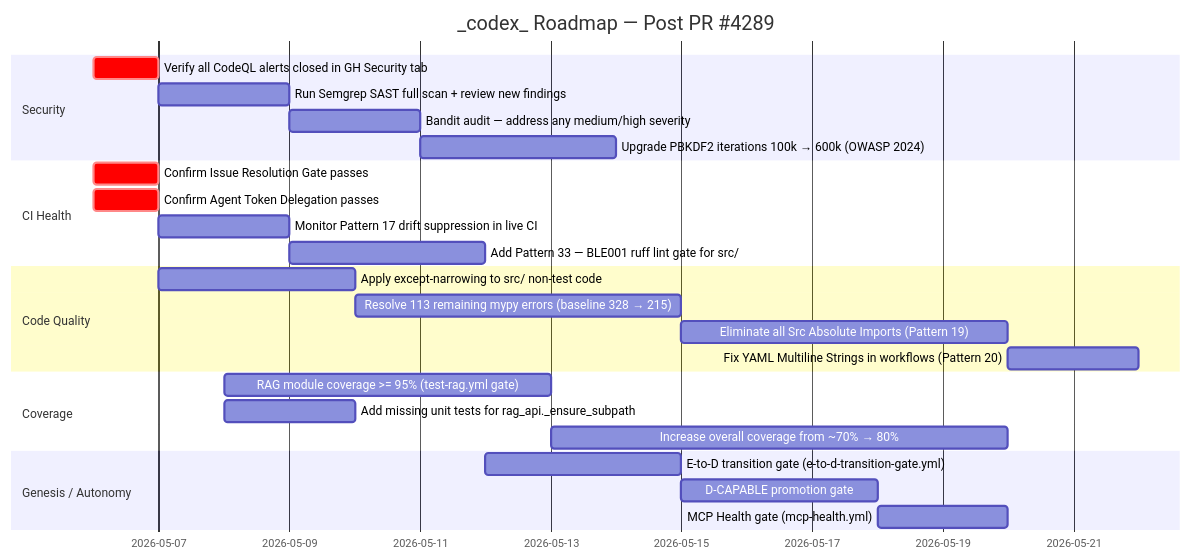
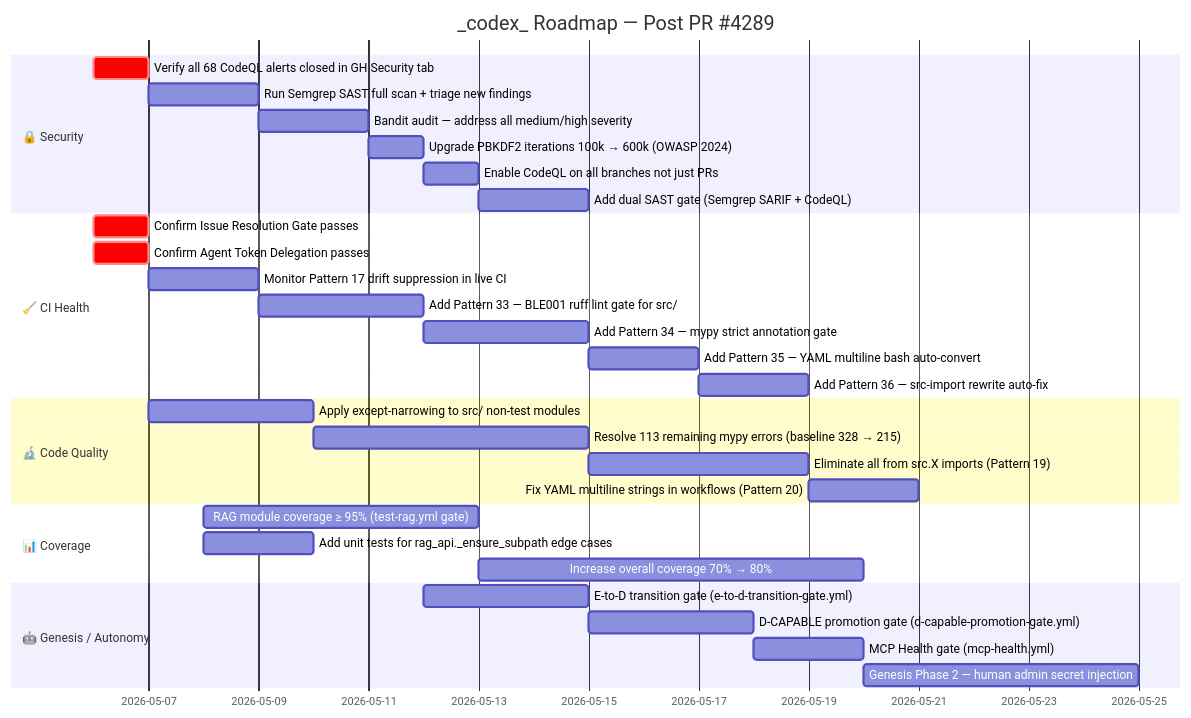
The first of 10 diagrams in docs/roadmap/PR4289_whats_next.md (Aries-Serpent/_codex_), drawn with Mermaid before and after one commit. The commit also changed other lines of this file and 6 other files, not shown here.

First line of the commit message:
docs: massively expand PR4289 mermaid diagrams — quantum-physics formulas, 15 diagram types, full commit history coverage

````diff
--- a/docs/roadmap/PR4289_whats_next.md
+++ b/docs/roadmap/PR4289_whats_next.md
@@ -9,28 +10,34 @@
 ```mermaid
 gantt
     title _codex_ Roadmap — Post PR #4289
     dateFormat  YYYY-MM-DD
-    section Security
-        Verify all CodeQL alerts closed in GH Security tab     :crit, sec1, 2026-05-06, 1d
-        Run Semgrep SAST full scan + review new findings       :sec2, after sec1, 2d
-        Bandit audit — address any medium/high severity        :sec3, after sec2, 2d
-        Upgrade PBKDF2 iterations 100k → 600k (OWASP 2024)    :sec4, after sec3, 3d
-    section CI Health
-        Confirm Issue Resolution Gate passes                   :crit, ci1, 2026-05-06, 1d
-        Confirm Agent Token Delegation passes                  :crit, ci2, 2026-05-06, 1d
-        Monitor Pattern 17 drift suppression in live CI        :ci3, after ci1, 2d
-        Add Pattern 33 — BLE001 ruff lint gate for src/        :ci4, after ci3, 3d
-    section Code Quality
-        Apply except-narrowing to src/ non-test code           :q1, 2026-05-07, 3d
-        Resolve 113 remaining mypy errors (baseline 328 → 215) :q2, after q1, 5d
-        Eliminate all Src Absolute Imports (Pattern 19)        :q3, after q2, 5d
-        Fix YAML Multiline Strings in workflows (Pattern 20)   :q4, after q3, 2d
-    section Coverage
-        RAG module coverage >= 95% (test-rag.yml gate)         :cov1, 2026-05-08, 5d
-        Add missing unit tests for rag_api._ensure_subpath     :cov2, 2026-05-08, 2d
-        Increase overall coverage from ~70% → 80%              :cov3, after cov1, 7d
-    section Genesis / Autonomy
-        E-to-D transition gate (e-to-d-transition-gate.yml)    :gen1, 2026-05-12, 3d
-        D-CAPABLE promotion gate                               :gen2, after gen1, 3d
-        MCP Health gate (mcp-health.yml)                       :gen3, after gen2, 2d
+    section 🔒 Security
+        Verify all 68 CodeQL alerts closed in GH Security tab     :crit, sec0, 2026-05-06, 1d
+        Run Semgrep SAST full scan + triage new findings           :sec1, after sec0, 2d
+        Bandit audit — address all medium/high severity            :sec2, after sec1, 2d
+        Upgrade PBKDF2 iterations 100k → 600k (OWASP 2024)        :sec3, after sec2, 1d
+        Enable CodeQL on all branches not just PRs                 :sec4, after sec3, 1d
+        Add dual SAST gate (Semgrep SARIF + CodeQL)                :sec5, after sec4, 2d
+    section 🧹 CI Health
+        Confirm Issue Resolution Gate passes                       :crit, ci0, 2026-05-06, 1d
+        Confirm Agent Token Delegation passes                      :crit, ci1, 2026-05-06, 1d
+        Monitor Pattern 17 drift suppression in live CI            :ci2, after ci0, 2d
+        Add Pattern 33 — BLE001 ruff lint gate for src/            :ci3, after ci2, 3d
+        Add Pattern 34 — mypy strict annotation gate               :ci4, after ci3, 3d
+        Add Pattern 35 — YAML multiline bash auto-convert          :ci5, after ci4, 2d
+        Add Pattern 36 — src-import rewrite auto-fix               :ci6, after ci5, 2d
+    section 🔬 Code Quality
+        Apply except-narrowing to src/ non-test modules            :q1, 2026-05-07, 3d
+        Resolve 113 remaining mypy errors (baseline 328 → 215)     :q2, after q1, 5d
+        Eliminate all from src.X imports (Pattern 19)              :q3, after q2, 4d
+        Fix YAML multiline strings in workflows (Pattern 20)       :q4, after q3, 2d
+    section 📊 Coverage
+        RAG module coverage ≥ 95% (test-rag.yml gate)              :cov1, 2026-05-08, 5d
+        Add unit tests for rag_api._ensure_subpath edge cases      :cov2, 2026-05-08, 2d
+        Increase overall coverage 70% → 80%                        :cov3, after cov1, 7d
+    section 🤖 Genesis / Autonomy
+        E-to-D transition gate (e-to-d-transition-gate.yml)        :gen1, 2026-05-12, 3d
+        D-CAPABLE promotion gate (d-capable-promotion-gate.yml)    :gen2, after gen1, 3d
+        MCP Health gate (mcp-health.yml)                           :gen3, after gen2, 2d
+        Genesis Phase 2 — human admin secret injection             :gen4, after gen3, 5d
 ```
````
